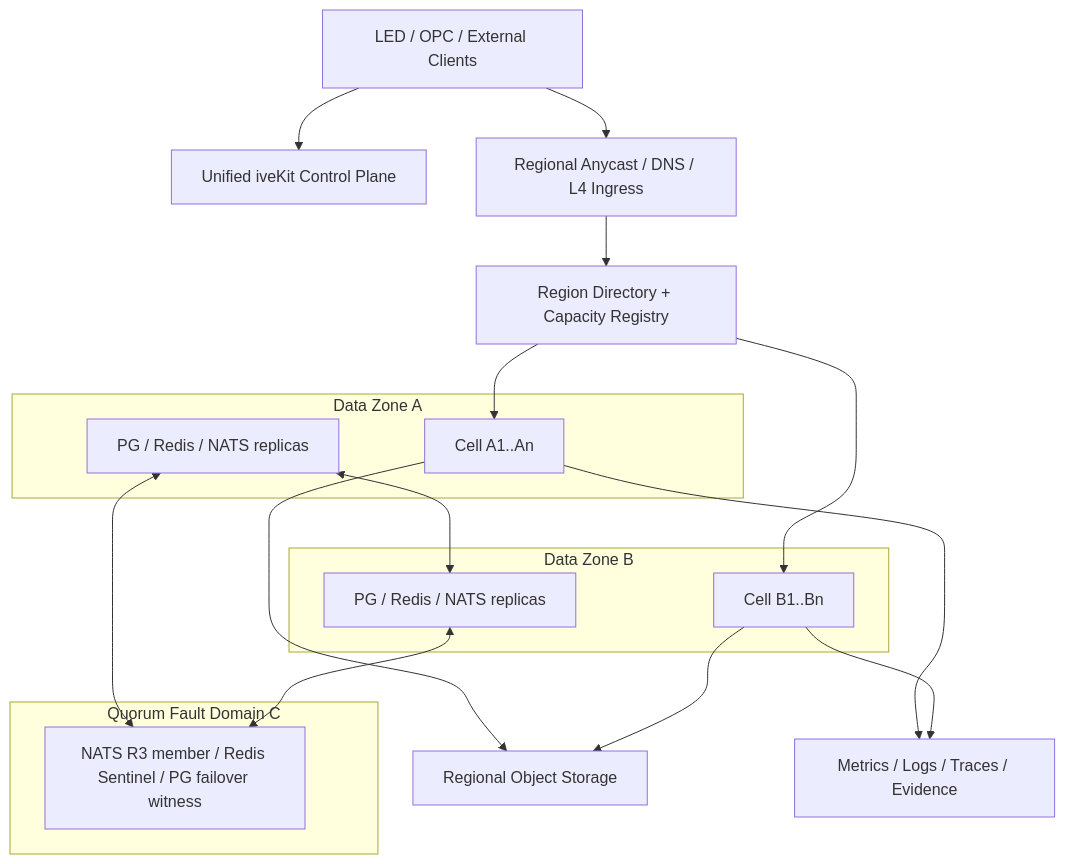
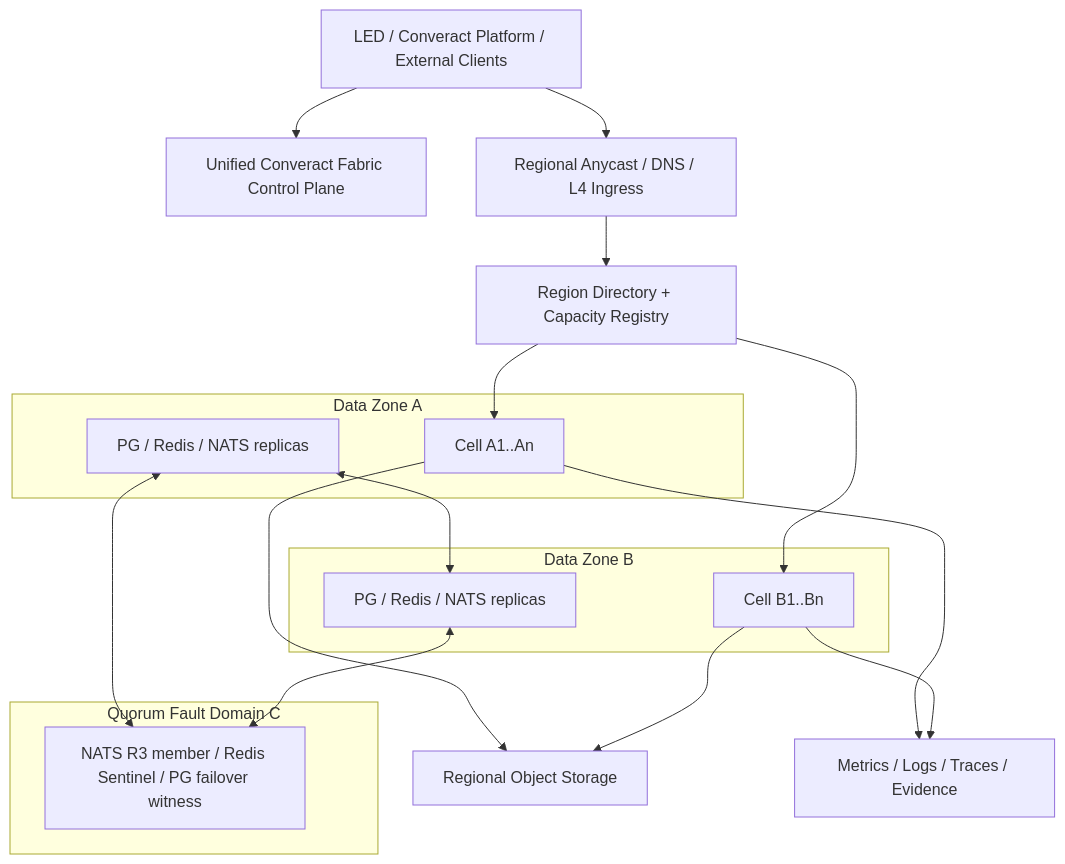
Before and after one commit to songgoldenwind-crypto/converact-platform: the diagram in docs/MIX-100K双Zone与Cell架构评审.md, drawn with Mermaid. The commit also changed other lines of this file and 1807 other files, not shown here.

````diff
--- a/docs/MIX-100K双Zone与Cell架构评审.md
+++ b/docs/MIX-100K双Zone与Cell架构评审.md
@@ -309,37 +309,37 @@
 ```mermaid
 flowchart TB
-  Client[LED / OPC / External Clients]
-  Global[Unified iveKit Control Plane]
+  Client[LED / Converact Platform / External Clients]
+  Global[Unified Converact Fabric Control Plane]
   Edge[Regional Anycast / DNS / L4 Ingress]
   Directory[Region Directory + Capacity Registry]
 
   subgraph ZA[Data Zone A]
     CellsA[Cell A1..An]
     DataA[PG / Redis / NATS replicas]
   end
 
   subgraph ZB[Data Zone B]
     CellsB[Cell B1..Bn]
     DataB[PG / Redis / NATS replicas]
   end
 
   subgraph ZC[Quorum Fault Domain C]
     Witness[NATS R3 member / Redis Sentinel / PG failover witness]
   end
 
   Object[Regional Object Storage]
   Observe[Metrics / Logs / Traces / Evidence]
 
   Client --> Edge
   Client --> Global
   Edge --> Directory
   Directory --> CellsA
   Directory --> CellsB
   DataA <--> DataB
   DataA <--> Witness
   DataB <--> Witness
   CellsA --> Object
   CellsB --> Object
   CellsA --> Observe
   CellsB --> Observe
 ```
````
